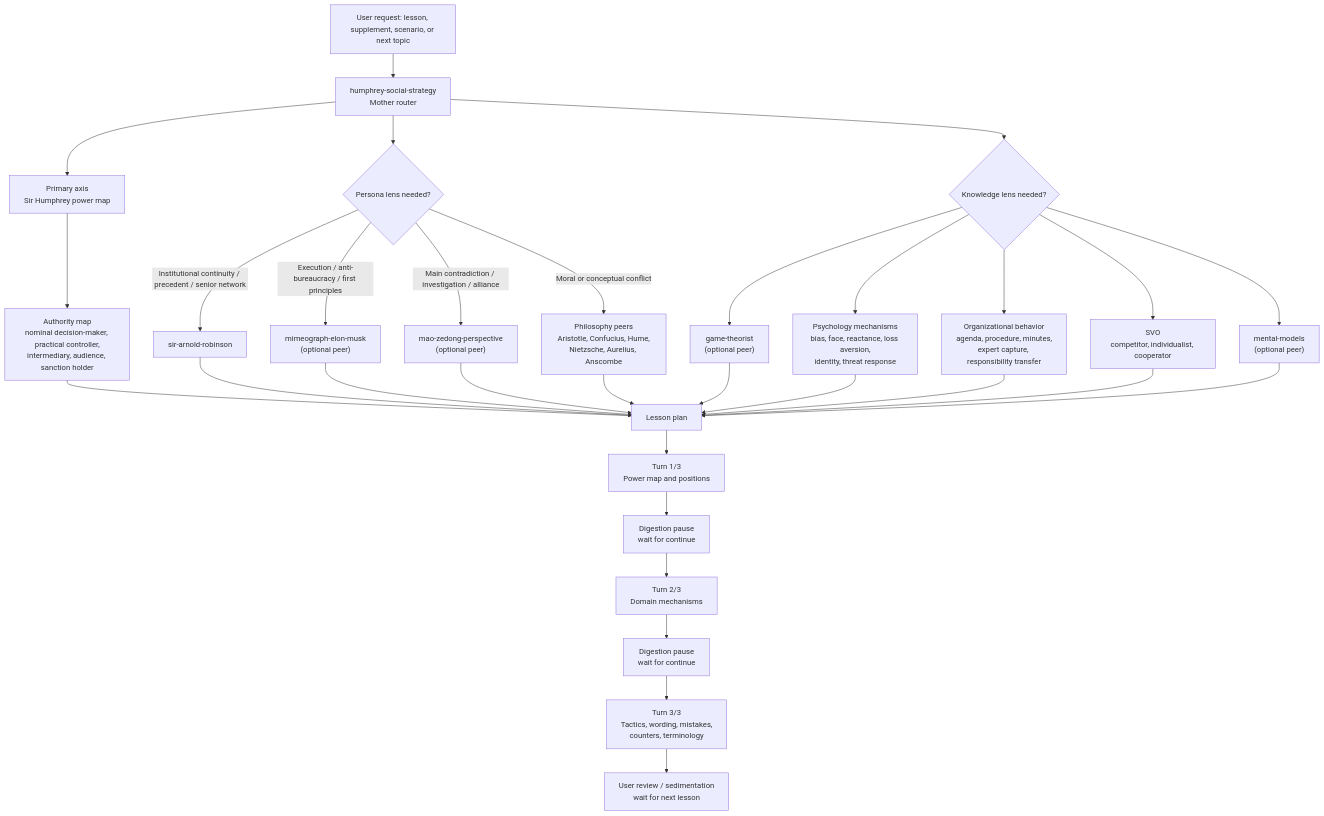
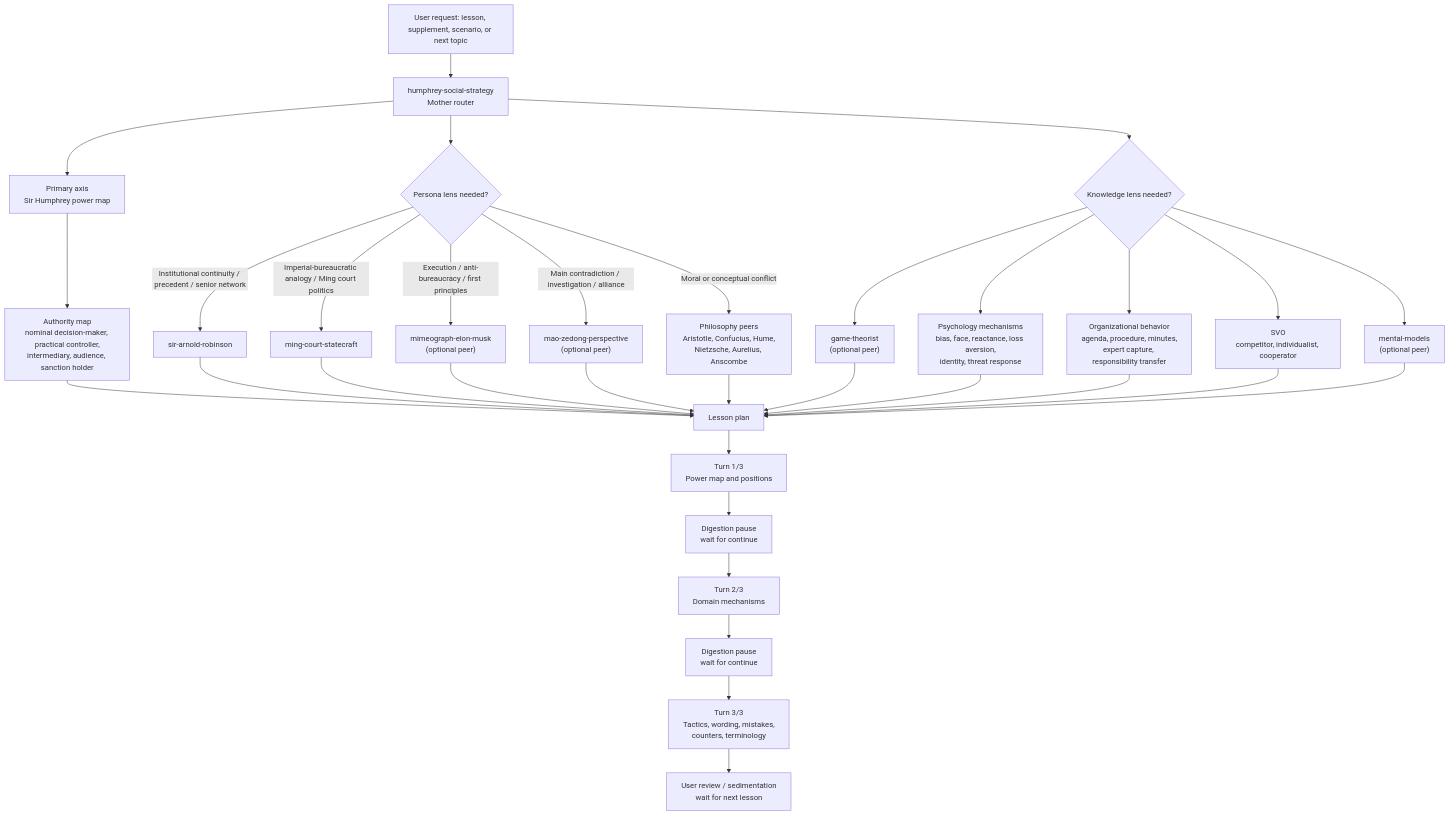
Before and after one commit to Mingfius-Song/GCMG-ladder_to_apotheosis-skill: the first of 8 diagrams in README.md, drawn with Mermaid. The commit also changed other lines of this file and 5 other files, not shown here.

Commit message:
Add Ming court statecraft enhancer skill

````diff
--- a/README.md
+++ b/README.md
@@ -33,38 +34,40 @@
 ```mermaid
 flowchart TD
     User["User request: lesson, supplement, scenario, or next topic"] --> Router["humphrey-social-strategy<br/>Mother router"]
 
     Router --> Core["Primary axis<br/>Sir Humphrey power map"]
     Core --> PowerMap["Authority map<br/>nominal decision-maker, practical controller,<br/>intermediary, audience, sanction holder"]
 
     Router --> PersonaGate{"Persona lens needed?"}
     PersonaGate -->|Institutional continuity / precedent / senior network| Arnold["sir-arnold-robinson"]
+    PersonaGate -->|Imperial-bureaucratic analogy / Ming court politics| Ming["ming-court-statecraft"]
     PersonaGate -->|Execution / anti-bureaucracy / first principles| Musk["mimeograph-elon-musk<br/>(optional peer)"]
     PersonaGate -->|Main contradiction / investigation / alliance| Mao["mao-zedong-perspective<br/>(optional peer)"]
     PersonaGate -->|Moral or conceptual conflict| Philosophy["Philosophy peers<br/>Aristotle, Confucius, Hume,<br/>Nietzsche, Aurelius, Anscombe"]
 
     Router --> KnowledgeGate{"Knowledge lens needed?"}
     KnowledgeGate --> Game["game-theorist<br/>(optional peer)"]
     KnowledgeGate --> Psych["Psychology mechanisms<br/>bias, face, reactance, loss aversion,<br/>identity, threat response"]
     KnowledgeGate --> Org["Organizational behavior<br/>agenda, procedure, minutes,<br/>expert capture, responsibility transfer"]
     KnowledgeGate --> SVO["SVO<br/>competitor, individualist, cooperator"]
     KnowledgeGate --> Models["mental-models<br/>(optional peer)"]
 
     PowerMap --> LessonPlan["Lesson plan"]
     Arnold --> LessonPlan
+    Ming --> LessonPlan
     Musk --> LessonPlan
     Mao --> LessonPlan
     Philosophy --> LessonPlan
     Game --> LessonPlan
     Psych --> LessonPlan
     Org --> LessonPlan
     SVO --> LessonPlan
     Models --> LessonPlan
 
     LessonPlan --> Turn1["Turn 1/3<br/>Power map and positions"]
     Turn1 --> Pause1["Digestion pause<br/>wait for continue"]
     Pause1 --> Turn2["Turn 2/3<br/>Domain mechanisms"]
     Turn2 --> Pause2["Digestion pause<br/>wait for continue"]
     Pause2 --> Turn3["Turn 3/3<br/>Tactics, wording, mistakes,<br/>counters, terminology"]
     Turn3 --> Review["User review / sedimentation<br/>wait for next lesson"]
 ```
````
